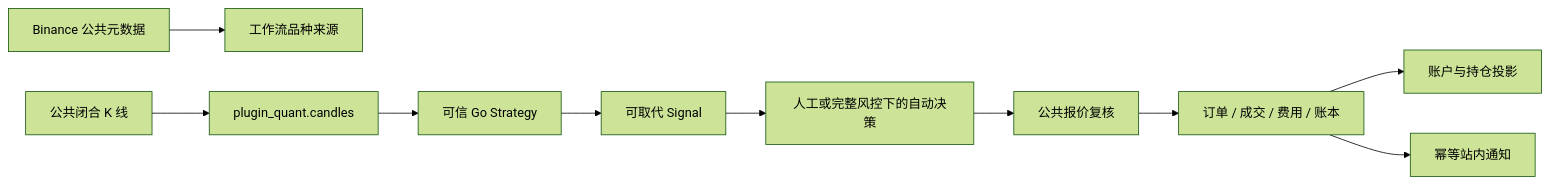
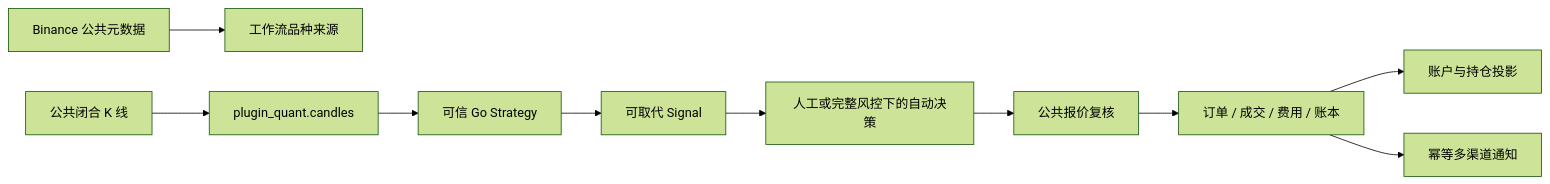
The sixth of 6 diagrams in docs/architecture/overview.md (CoderLTS/coinsphere-go), drawn with Mermaid (forest theme) before and after one commit. The commit also changed other lines of this file and 38 other files, not shown here.

````diff
--- a/docs/architecture/overview.md
+++ b/docs/architecture/overview.md
@@ -187,12 +188,12 @@
 ```mermaid
 flowchart LR
     META["Binance 公共元数据"] --> INSTRUMENTS["工作流品种来源"]
     MARKET["公共闭合 K 线"] --> CANDLES["plugin_quant.candles"]
     CANDLES --> STRATEGY["可信 Go Strategy"]
     STRATEGY --> SIGNAL["可取代 Signal"]
     SIGNAL --> DECISION["人工或完整风控下的自动决策"]
     DECISION --> QUOTE["公共报价复核"]
     QUOTE --> PAPER["订单 / 成交 / 费用 / 账本"]
     PAPER --> PROJECTION["账户与持仓投影"]
-    PAPER --> NOTIFY["幂等站内通知"]
+    PAPER --> NOTIFY["幂等多渠道通知"]
 ```
````
